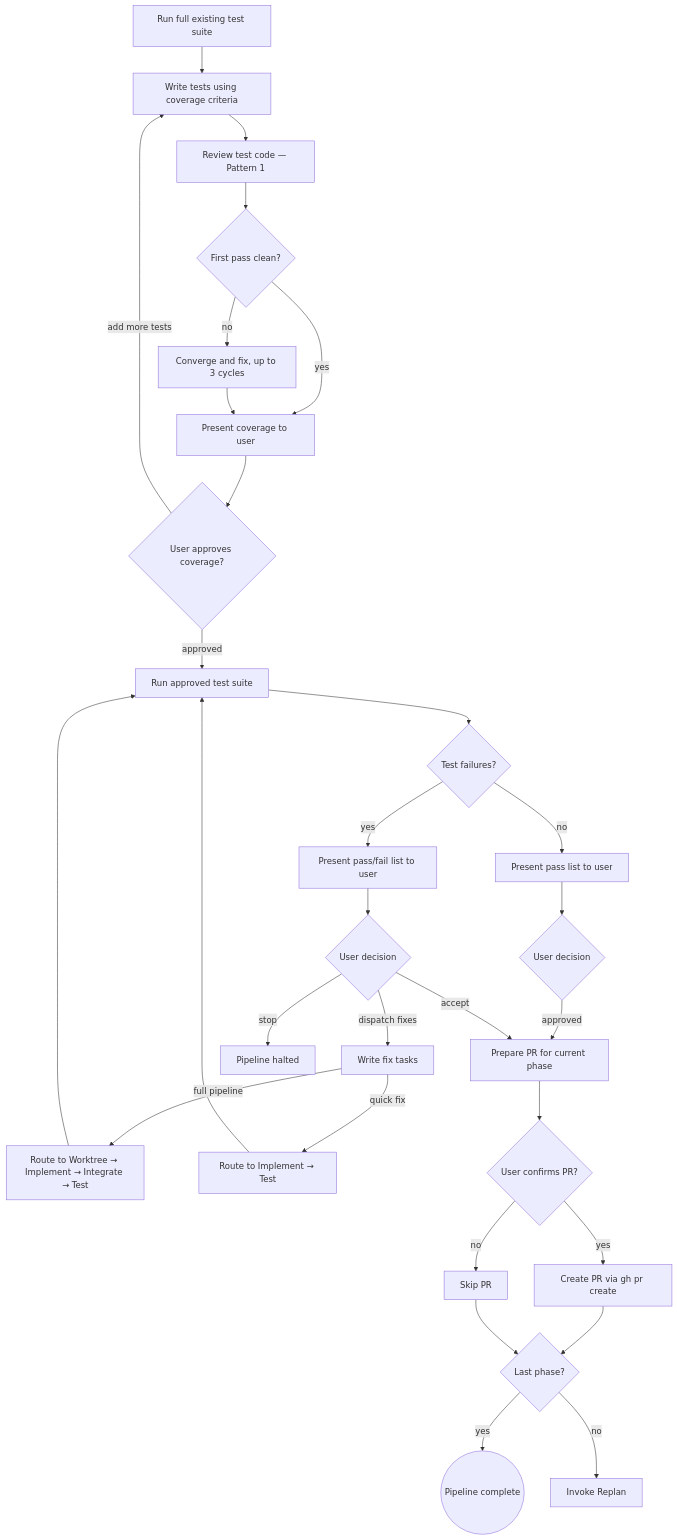
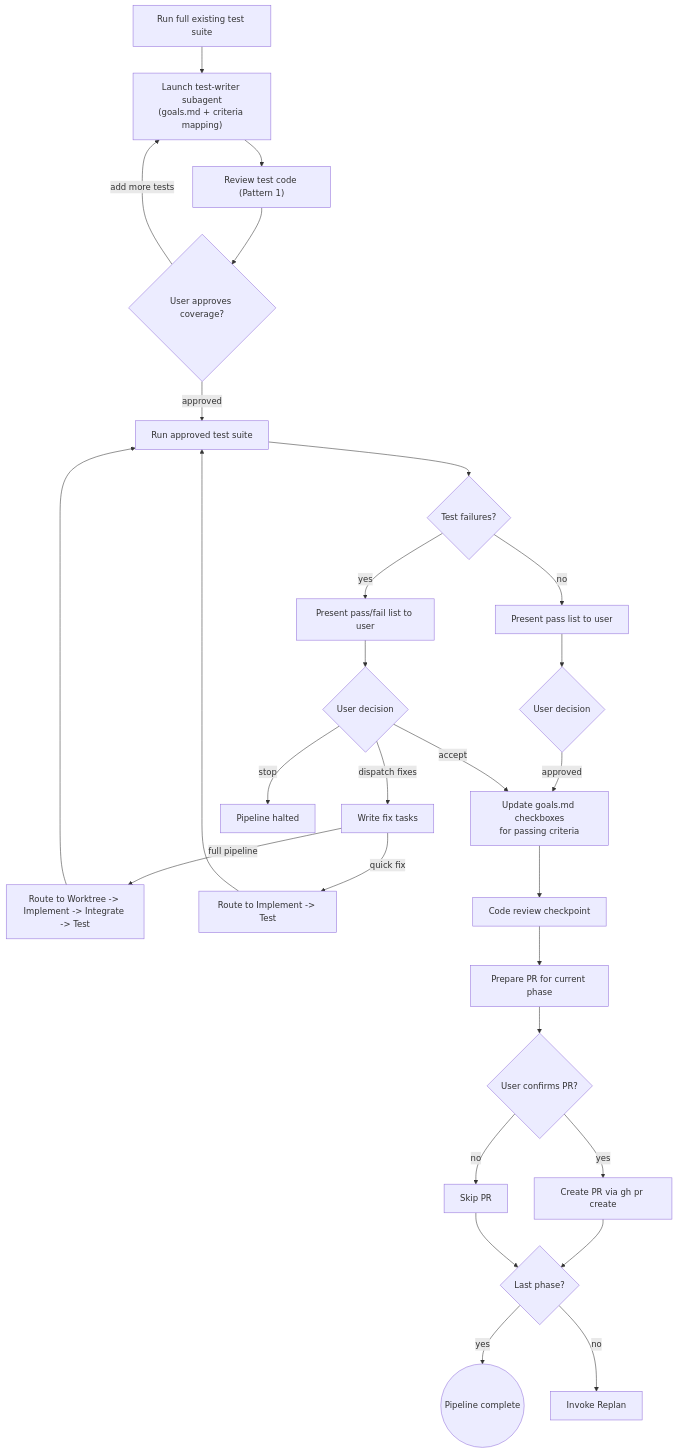
Diagram 14 of 21 in README.md (dfrysinger/qrspi-plus), drawn with Mermaid before and after one commit. The commit also changed other lines of this file, not shown here.

First line of the commit message:
docs: update README with Hardening features and unique Mermaid diagrams

````diff
--- a/README.md
+++ b/README.md
@@ -388,33 +347,30 @@
 ```mermaid
 flowchart TD
-    A[Run full existing test suite] --> B[Write tests using coverage criteria]
-    B --> C[Review test code — Pattern 1]
-    C --> C1{First pass clean?}
-    C1 -->|yes| CV[Present coverage to user]
-    C1 -->|no| C2[Converge and fix, up to 3 cycles]
-    C2 --> CV
-    CV --> CV2{User approves coverage?}
-    CV2 -->|add more tests| B
-    CV2 -->|approved| D[Run approved test suite]
+    A[Run full existing test suite] --> B["Launch test-writer subagent\n(goals.md + criteria mapping)"]
+    B --> C["Review test code (Pattern 1)"]
+    C --> CV{User approves coverage?}
+    CV -->|add more tests| B
+    CV -->|approved| D[Run approved test suite]
     D --> E{Test failures?}
     E -->|no| G[Present pass list to user]
     E -->|yes| F[Present pass/fail list to user]
     F --> H{User decision}
     G --> G2{User decision}
-    G2 -->|approved| Q
+    G2 -->|approved| CK
     H -->|dispatch fixes| K[Write fix tasks]
-    H -->|accept| Q
+    H -->|accept| CK
     H -->|stop| L[Pipeline halted]
-    K -->|full pipeline| M[Route to Worktree → Implement → Integrate → Test]
-    K -->|quick fix| N[Route to Implement → Test]
+    K -->|full pipeline| M[Route to Worktree -> Implement -> Integrate -> Test]
+    K -->|quick fix| NN[Route to Implement -> Test]
     M --> D
-    N --> D
-    Q[Prepare PR for current phase]
+    NN --> D
+    CK["Update goals.md checkboxes\nfor passing criteria"] --> CR[Code review checkpoint]
+    CR --> Q[Prepare PR for current phase]
     Q --> R{User confirms PR?}
     R -->|yes| S[Create PR via gh pr create]
     R -->|no| S2[Skip PR]
     S --> T{Last phase?}
     S2 --> T
     T -->|yes| U((Pipeline complete))
     T -->|no| V[Invoke Replan]
 ```
````
